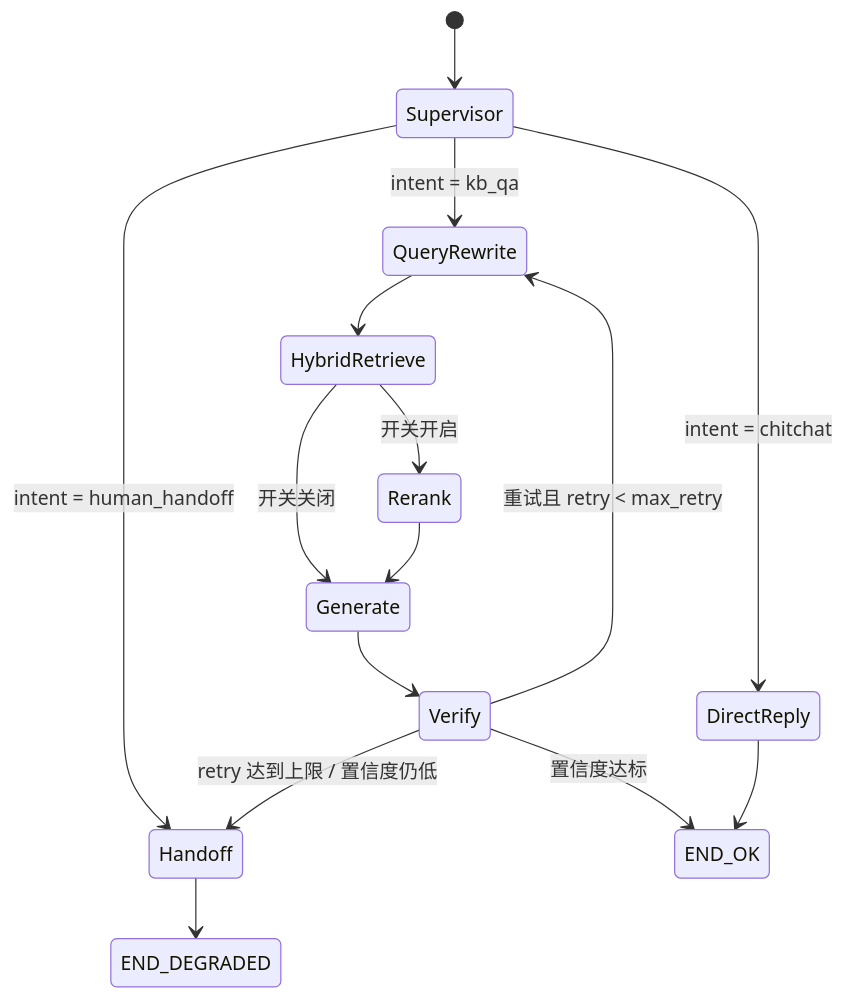
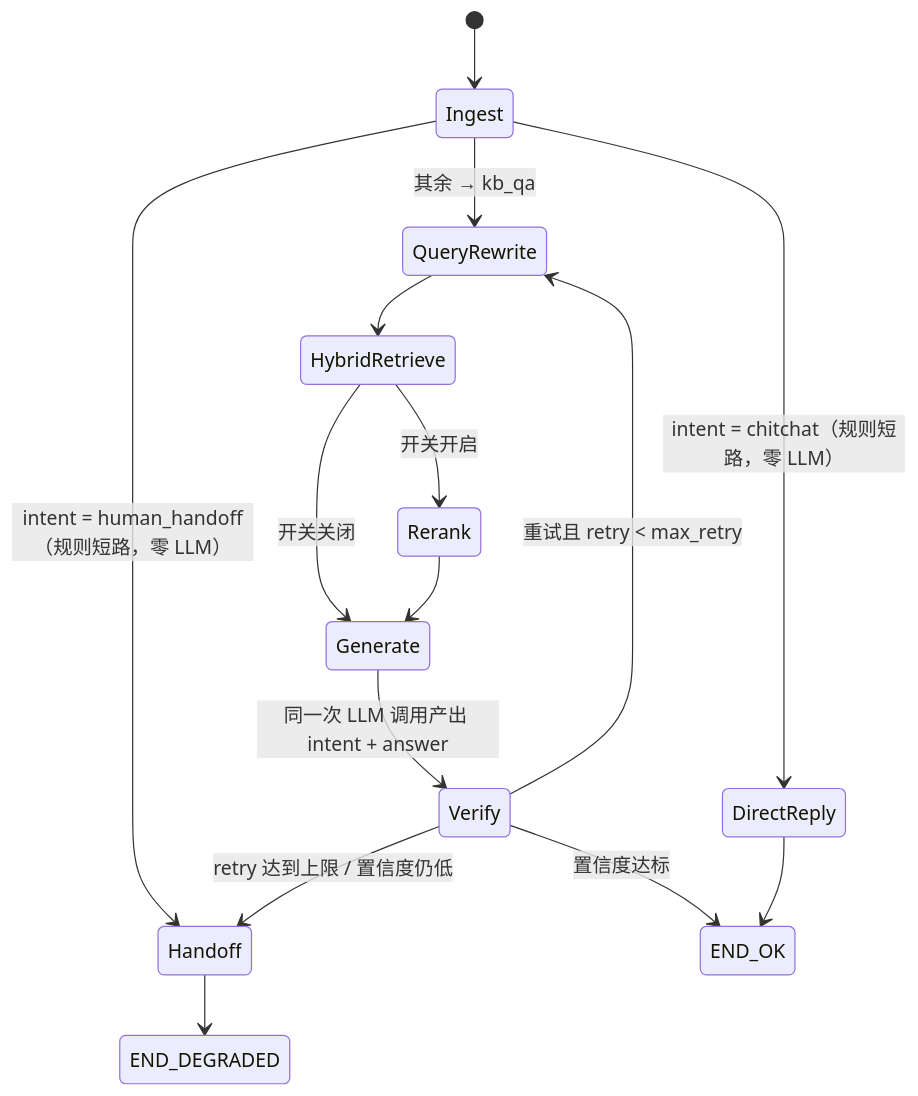
One commit to heijin123/docagent2 changed the third of 3 diagrams in docs/enterprise-qa-agent-requirements.md. Above: the diagram before and after it, drawn with Mermaid. The commit also changed other lines of this file and 79 other files, not shown here.

````diff
--- a/docs/enterprise-qa-agent-requirements.md
+++ b/docs/enterprise-qa-agent-requirements.md
@@ -400,17 +399,17 @@
 ```mermaid
 stateDiagram-v2
-    [*] --> Supervisor
-    Supervisor --> QueryRewrite: intent = kb_qa
-    Supervisor --> DirectReply: intent = chitchat
-    Supervisor --> Handoff: intent = human_handoff
+    [*] --> Ingest
+    Ingest --> DirectReply: intent = chitchat（规则短路，零 LLM）
+    Ingest --> Handoff: intent = human_handoff（规则短路，零 LLM）
+    Ingest --> QueryRewrite: 其余 → kb_qa
     QueryRewrite --> HybridRetrieve
     HybridRetrieve --> Rerank: 开关开启
     HybridRetrieve --> Generate: 开关关闭
     Rerank --> Generate
-    Generate --> Verify
+    Generate --> Verify: 同一次 LLM 调用产出 intent + answer
     Verify --> END_OK: 置信度达标
     Verify --> QueryRewrite: 重试且 retry < max_retry
     Verify --> Handoff: retry 达到上限 / 置信度仍低
     DirectReply --> END_OK
     Handoff --> END_DEGRADED
 ```
````
